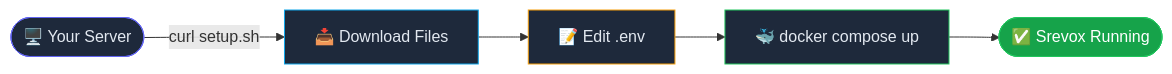
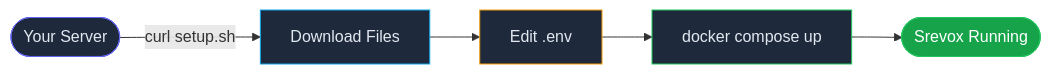
One commit to Akshatsainiaks/srevox changed the first of 10 diagrams in README.md. Above: the diagram before and after it, drawn with Mermaid. The commit also changed other lines of this file, not shown here.

Commit message:
fix: rename loopzen-agent.yml to srevox-agent.yml

````diff
--- a/README.md
+++ b/README.md
@@ -442,13 +444,13 @@
 ```mermaid
 flowchart LR
-    A([🖥️ Your Server]) -->|curl setup.sh| B[📥 Download Files]
-    B --> C[📝 Edit .env]
-    C --> D[🐳 docker compose up]
-    D --> E([✅ Srevox Running])
+    A([Your Server]) -->|curl setup.sh| B[Download Files]
+    B --> C[Edit .env]
+    C --> D[docker compose up]
+    D --> E([Srevox Running])
 
     style A fill:#1e293b,stroke:#6366f1,color:#e2e8f0
     style B fill:#1e293b,stroke:#0ea5e9,color:#e2e8f0
     style C fill:#1e293b,stroke:#f59e0b,color:#e2e8f0
     style D fill:#1e293b,stroke:#22c55e,color:#e2e8f0
     style E fill:#16a34a,stroke:#22c55e,color:#ffffff
 ```
````
